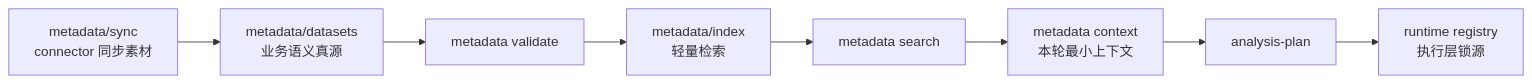
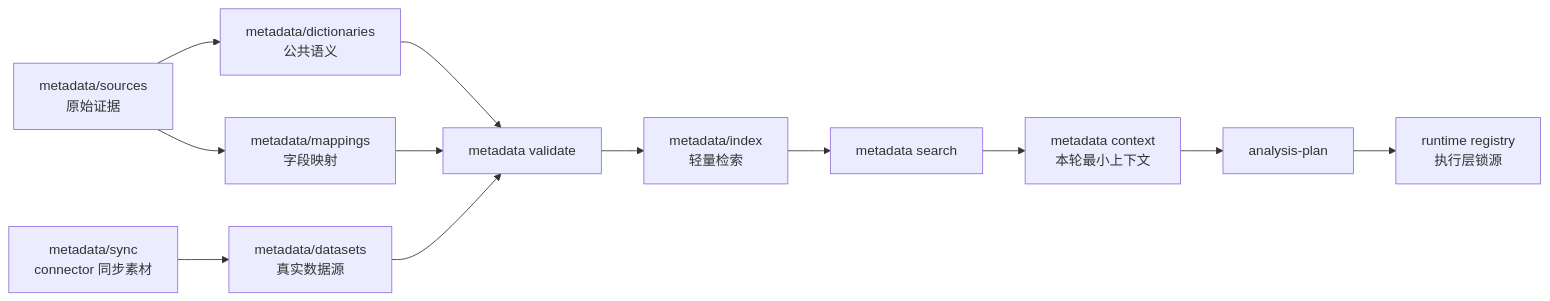
The diagram in metadata/README.md (dabaige53/RealAnalyst), drawn with Mermaid before and after one commit. The commit also changed other lines of this file and 27 other files, not shown here.

Commit message:
Define layered metadata YAML structure

````diff
--- a/metadata/README.md
+++ b/metadata/README.md
@@ -23,10 +26,14 @@
 ```mermaid
 flowchart LR
-    Sync[metadata/sync<br/>connector 同步素材] --> YAML[metadata/datasets<br/>业务语义真源]
-    YAML --> Validate[metadata validate]
+    Sources[metadata/sources<br/>原始证据] --> Dictionaries[metadata/dictionaries<br/>公共语义]
+    Sources --> Mappings[metadata/mappings<br/>字段映射]
+    Sync[metadata/sync<br/>connector 同步素材] --> Datasets[metadata/datasets<br/>真实数据源]
+    Dictionaries --> Validate[metadata validate]
+    Mappings --> Validate
+    Datasets --> Validate
     Validate --> Index[metadata/index<br/>轻量检索]
     Index --> Search[metadata search]
     Search --> Context[metadata context<br/>本轮最小上下文]
     Context --> Plan[analysis-plan]
     Plan --> Runtime[runtime registry<br/>执行层锁源]
 ```
````
